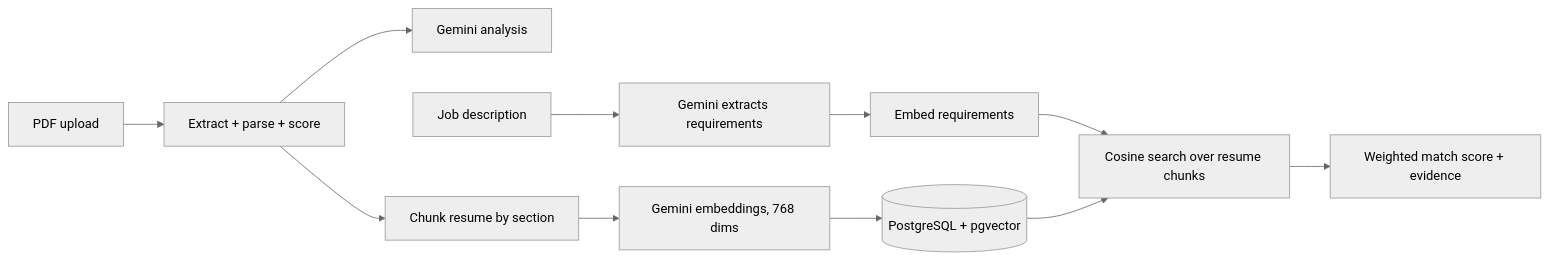
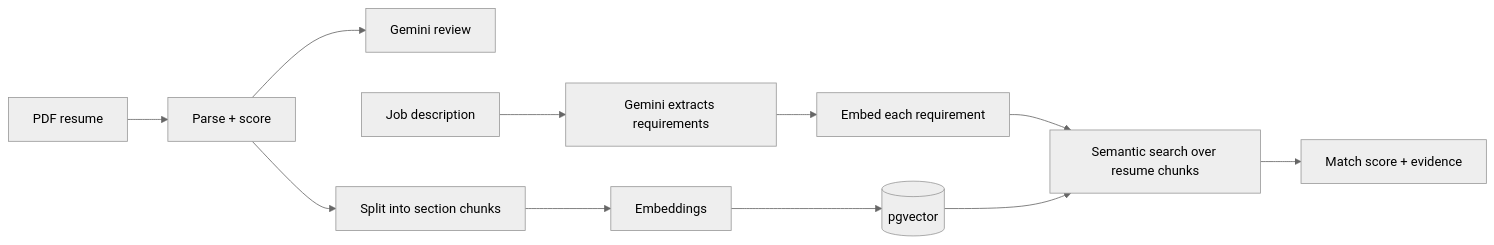
Before and after one commit to fahadahmad9/AI-Resume-Analyzer: the diagram in README.md, drawn with Mermaid (neutral theme). The commit also changed other lines of this file, not shown here.

````diff
--- a/README.md
+++ b/README.md
@@ -17,13 +26,14 @@
 ```mermaid
 flowchart LR
-    A[PDF upload] --> B[Extract + parse + score]
-    B --> C[Gemini analysis]
-    B --> D[Chunk resume by section]
-    D --> E[Gemini embeddings, 768 dims]
-    E --> F[(PostgreSQL + pgvector)]
+    A[PDF resume] --> B[Parse + score]
+    B --> C[Gemini review]
+    B --> D[Split into section chunks]
+    D --> E[Embeddings]
+    E --> F[(pgvector)]
+
     G[Job description] --> H[Gemini extracts requirements]
-    H --> I[Embed requirements]
-    I --> J[Cosine search over resume chunks]
+    H --> I[Embed each requirement]
+    I --> J[Semantic search over resume chunks]
     F --> J
-    J --> K[Weighted match score + evidence]
+    J --> K[Match score + evidence]
 ```
````
